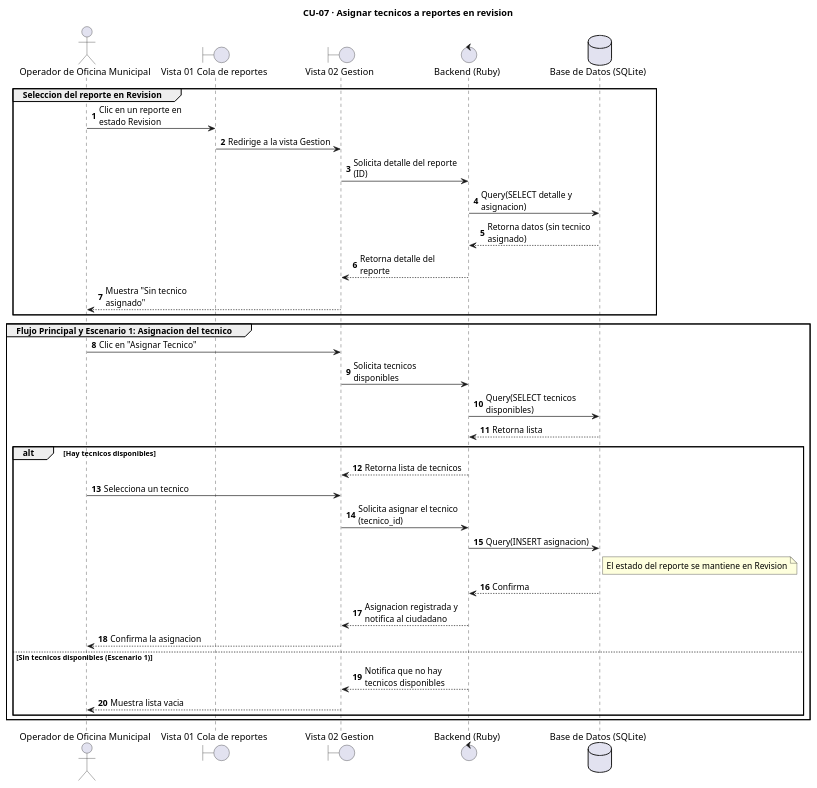
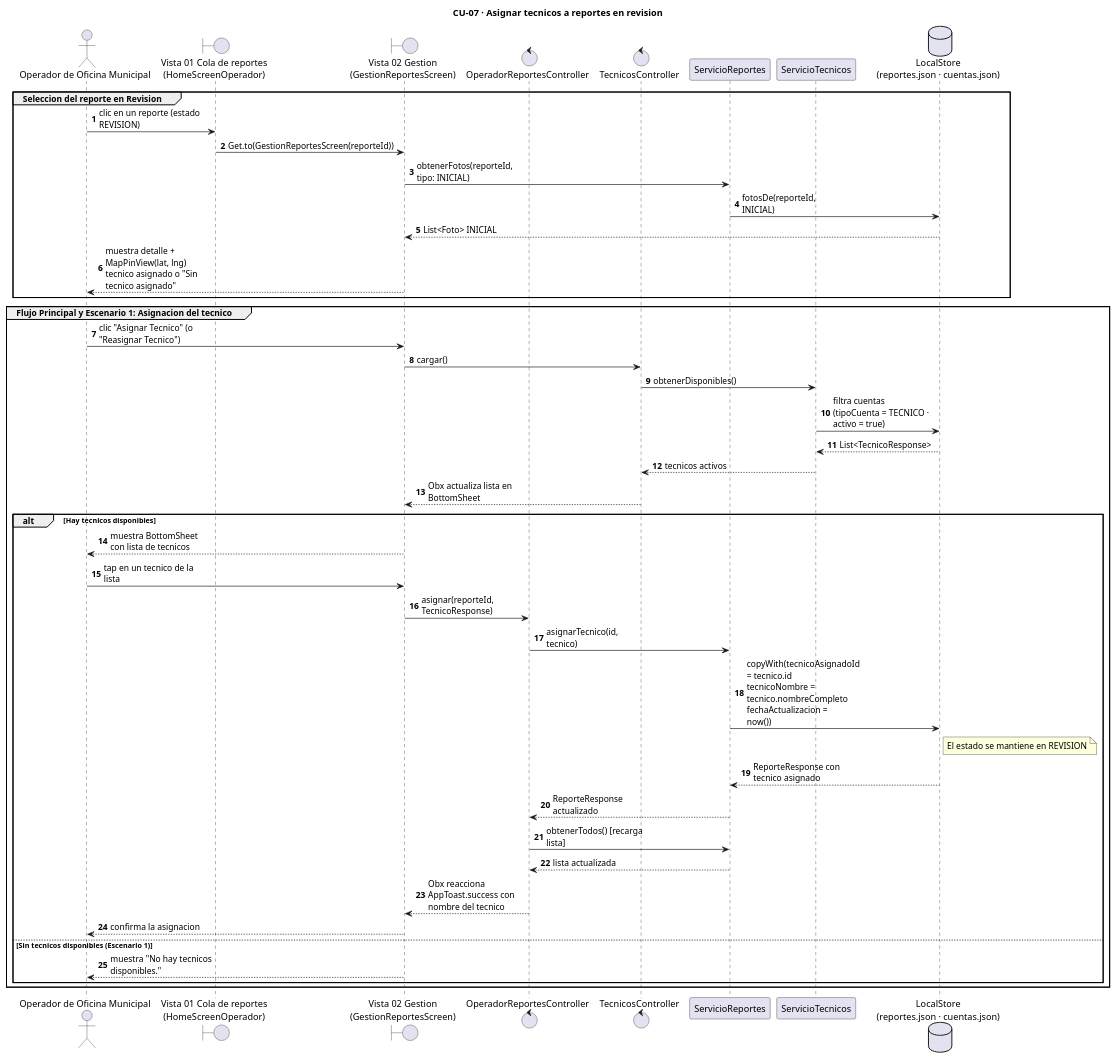
Before and after one commit to jeffangeloss/ReportaYA-Front: the diagram in docs/diagrams/CU-07_AsignarTecnicos_seq.puml, drawn with PlantUML. The commit also changed 8 other files, not shown here.

Commit message:
diagramas

```diff
--- a/docs/diagrams/CU-07_AsignarTecnicos_seq.puml
+++ b/docs/diagrams/CU-07_AsignarTecnicos_seq.puml
@@ -1,41 +1,50 @@
 @startuml
 title CU-07 · Asignar tecnicos a reportes en revision
 skinparam maxMessageSize 160
 autonumber
+
 actor "Operador de Oficina Municipal" as Operador
-boundary "Vista 01 Cola de reportes" as V1
-boundary "Vista 02 Gestion" as V2
-control "Backend (Ruby)" as Backend
-database "Base de Datos (SQLite)" as DB
+boundary "Vista 01 Cola de reportes\n(HomeScreenOperador)" as V1
+boundary "Vista 02 Gestion\n(GestionReportesScreen)" as V2
+control "OperadorReportesController" as OCtrl
+control "TecnicosController" as TCtrl
+participant "ServicioReportes" as SvcR
+participant "ServicioTecnicos" as SvcT
+database "LocalStore\n(reportes.json · cuentas.json)" as DB
 
 group Seleccion del reporte en Revision
-    Operador -> V1: Clic en un reporte en estado Revision
-    V1 -> V2: Redirige a la vista Gestion
-    V2 -> Backend: Solicita detalle del reporte (ID)
-    Backend -> DB: Query(SELECT detalle y asignacion)
-    DB --> Backend: Retorna datos (sin tecnico asignado)
-    Backend --> V2: Retorna detalle del reporte
-    V2 --> Operador: Muestra "Sin tecnico asignado"
+    Operador -> V1: clic en un reporte (estado REVISION)
+    V1 -> V2: Get.to(GestionReportesScreen(reporteId))
+    V2 -> SvcR: obtenerFotos(reporteId, tipo: INICIAL)
+    SvcR -> DB: fotosDe(reporteId, INICIAL)
+    DB --> V2: List<Foto> INICIAL
+    V2 --> Operador: muestra detalle + MapPinView(lat, lng)\ntecnico asignado o "Sin tecnico asignado"
 end
 
 group Flujo Principal y Escenario 1: Asignacion del tecnico
-    Operador -> V2: Clic en "Asignar Tecnico"
-    V2 -> Backend: Solicita tecnicos disponibles
-    Backend -> DB: Query(SELECT tecnicos disponibles)
-    DB --> Backend: Retorna lista
+    Operador -> V2: clic "Asignar Tecnico" (o "Reasignar Tecnico")
+    V2 -> TCtrl: cargar()
+    TCtrl -> SvcT: obtenerDisponibles()
+    SvcT -> DB: filtra cuentas\n(tipoCuenta = TECNICO · activo = true)
+    DB --> SvcT: List<TecnicoResponse>
+    SvcT --> TCtrl: tecnicos activos
+    TCtrl --> V2: Obx actualiza lista en BottomSheet
 
     alt Hay tecnicos disponibles
-        Backend --> V2: Retorna lista de tecnicos
-        Operador -> V2: Selecciona un tecnico
-        V2 -> Backend: Solicita asignar el tecnico (tecnico_id)
-        Backend -> DB: Query(INSERT asignacion)
-        note right of DB: El estado del reporte se mantiene en Revision
-        DB --> Backend: Confirma
-        Backend --> V2: Asignacion registrada y notifica al ciudadano
-        V2 --> Operador: Confirma la asignacion
+        V2 --> Operador: muestra BottomSheet con lista de tecnicos
+        Operador -> V2: tap en un tecnico de la lista
+        V2 -> OCtrl: asignar(reporteId, TecnicoResponse)
+        OCtrl -> SvcR: asignarTecnico(id, tecnico)
+        SvcR -> DB: copyWith(tecnicoAsignadoId = tecnico.id\ntecnicoNombre = tecnico.nombreCompleto\nfechaActualizacion = now())
+        note right of DB: El estado se mantiene en REVISION
+        DB --> SvcR: ReporteResponse con tecnico asignado
+        SvcR --> OCtrl: ReporteResponse actualizado
+        OCtrl -> SvcR: obtenerTodos() [recarga lista]
+        SvcR --> OCtrl: lista actualizada
+        OCtrl --> V2: Obx reacciona\nAppToast.success con nombre del tecnico
+        V2 --> Operador: confirma la asignacion
     else Sin tecnicos disponibles (Escenario 1)
-        Backend --> V2: Notifica que no hay tecnicos disponibles
-        V2 --> Operador: Muestra lista vacia
+        V2 --> Operador: muestra "No hay tecnicos disponibles."
     end
 end
 @enduml
```
